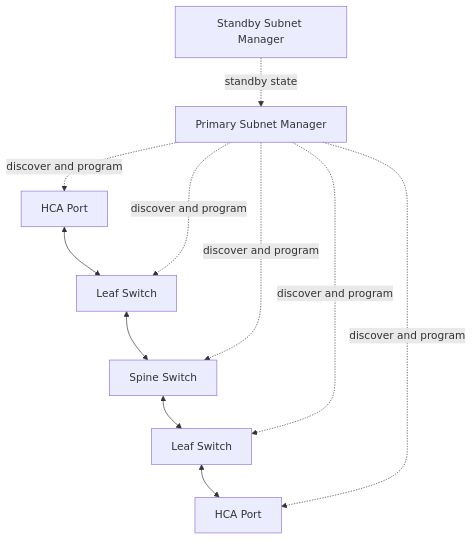
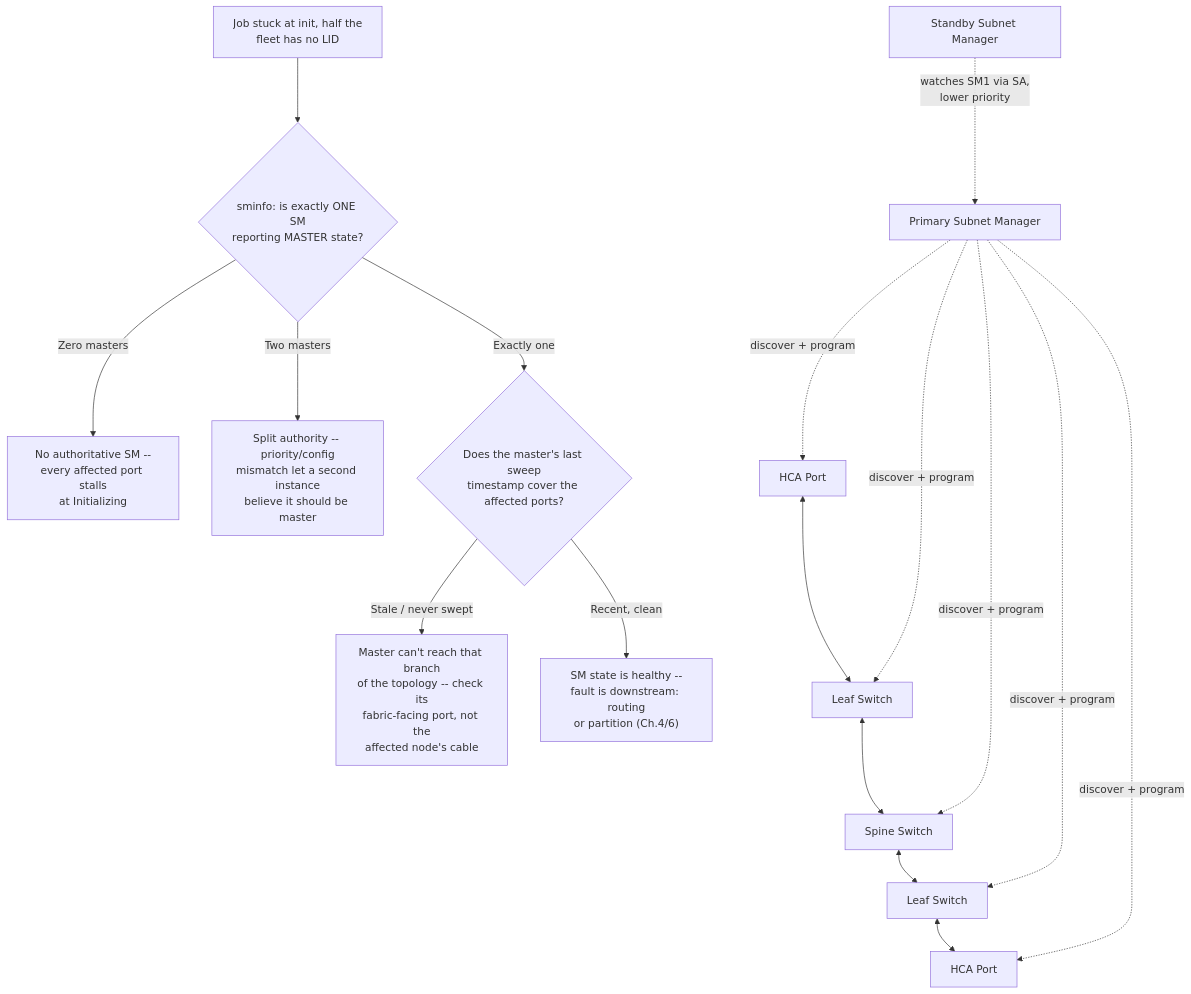
The first of 4 diagrams in docs/nvidia-zero-to-hero/volume-08/chapter-05-subnet-management-and-opensm.md (jithinpnjm/nvidia-devops), drawn with Mermaid before and after one commit. The commit also changed other lines of this file, not shown here.

````diff
--- a/docs/nvidia-zero-to-hero/volume-08/chapter-05-subnet-management-and-opensm.md
+++ b/docs/nvidia-zero-to-hero/volume-08/chapter-05-subnet-management-and-opensm.md
@@ -56,18 +56,18 @@
 ```mermaid
 flowchart TD
-    SM1[Primary Subnet Manager]
-    SM2[Standby Subnet Manager]
-    HCA1[HCA Port]
-    SW1[Leaf Switch]
-    SW2[Spine Switch]
-    SW3[Leaf Switch]
-    HCA2[HCA Port]
+    SM1[Primary Subnet Manager] -. "discover + program" .-> HCA1[HCA Port]
+    SM1 -. "discover + program" .-> SW1[Leaf Switch]
+    SM1 -. "discover + program" .-> SW2[Spine Switch]
+    SM1 -. "discover + program" .-> SW3[Leaf Switch]
+    SM1 -. "discover + program" .-> HCA2[HCA Port]
+    SM2[Standby Subnet Manager] -. "watches SM1 via SA,<br/>lower priority" .-> SM1
 
     HCA1 <--> SW1 <--> SW2 <--> SW3 <--> HCA2
-    SM1 -. discover and program .-> HCA1
-    SM1 -. discover and program .-> SW1
-    SM1 -. discover and program .-> SW2
-    SM1 -. discover and program .-> SW3
-    SM1 -. discover and program .-> HCA2
-    SM2 -. standby state .-> SM1
+
+    Sym["Job stuck at init, half the<br/>fleet has no LID"] --> Q1{"sminfo: is exactly ONE SM<br/>reporting MASTER state?"}
+    Q1 -->|"Zero masters"| A1["No authoritative SM --<br/>every affected port stalls<br/>at Initializing"]
+    Q1 -->|"Two masters"| A2["Split authority -- priority/config<br/>mismatch let a second instance<br/>believe it should be master"]
+    Q1 -->|"Exactly one"| Q2{"Does the master's last sweep<br/>timestamp cover the affected ports?"}
+    Q2 -->|"Stale / never swept"| A3["Master can't reach that branch<br/>of the topology -- check its<br/>fabric-facing port, not the<br/>affected node's cable"]
+    Q2 -->|"Recent, clean"| A4["SM state is healthy --<br/>fault is downstream: routing<br/>or partition (Ch.4/6)"]
 ```
````
